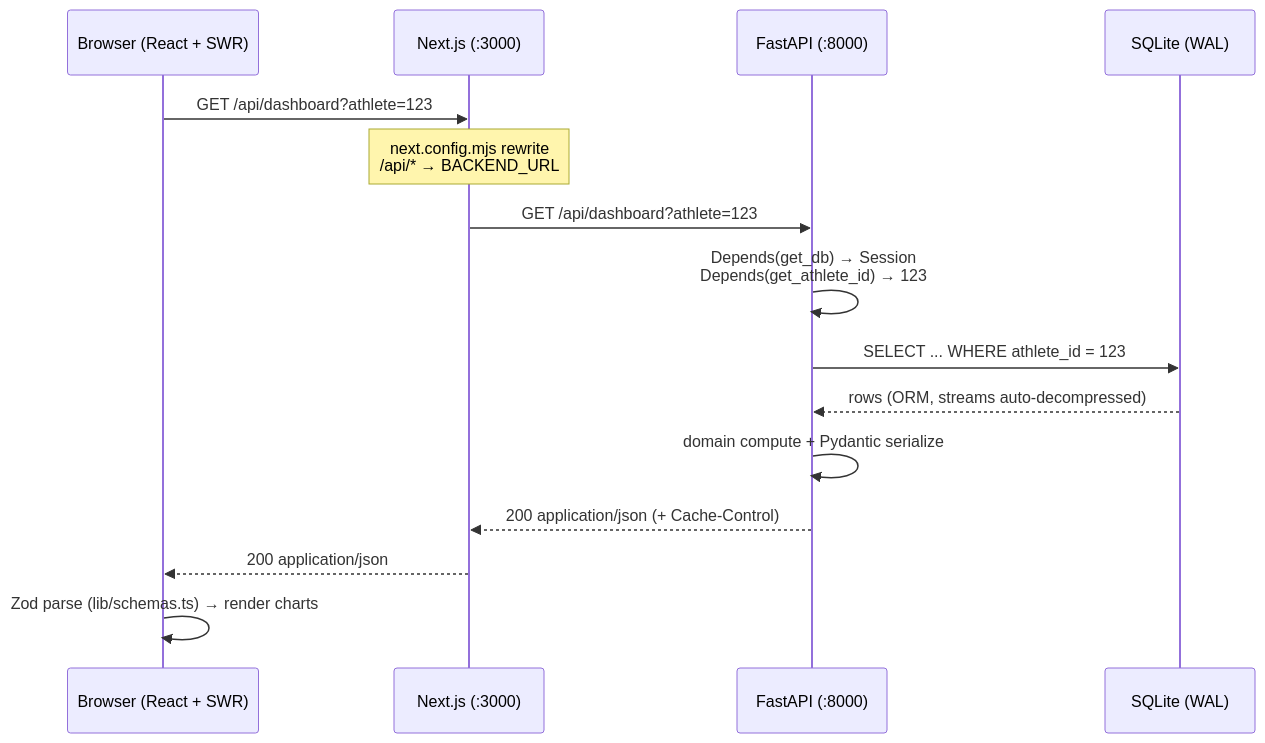
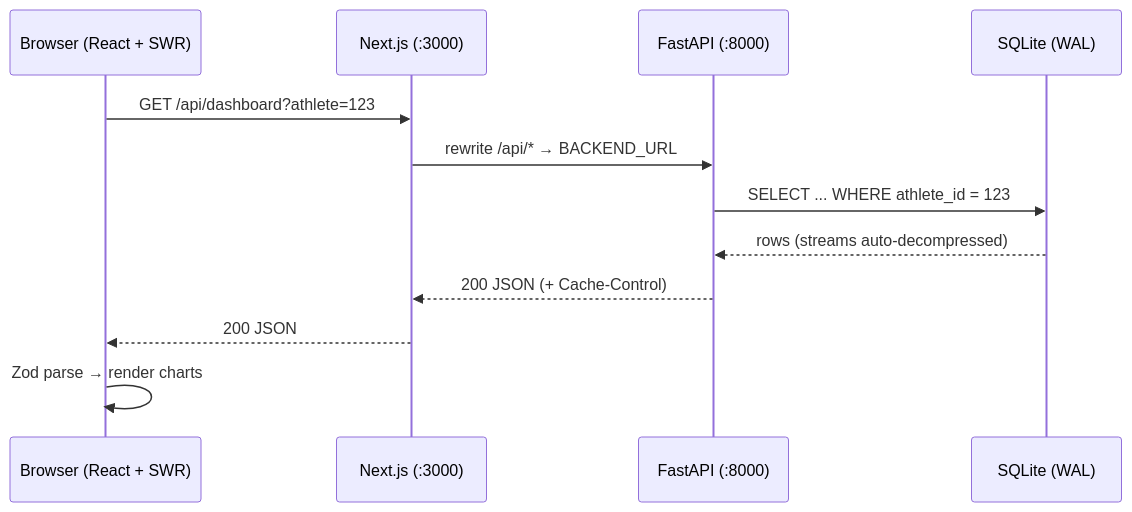
The fourth of 4 diagrams in doc/database.md (iiey/fitme), drawn with Mermaid before and after one commit. The commit also changed other lines of this file and 3 other files, not shown here.

````diff
--- a/doc/database.md
+++ b/doc/database.md
@@ -542,18 +300,15 @@
 ```mermaid
 sequenceDiagram
     participant B as Browser (React + SWR)
     participant N as Next.js (:3000)
     participant F as FastAPI (:8000)
     participant DB as SQLite (WAL)
 
     B->>N: GET /api/dashboard?athlete=123
-    Note over N: next.config.mjs rewrite<br/>/api/* → BACKEND_URL
-    N->>F: GET /api/dashboard?athlete=123
-    F->>F: Depends(get_db) → Session<br/>Depends(get_athlete_id) → 123
+    N->>F: rewrite /api/* → BACKEND_URL
     F->>DB: SELECT ... WHERE athlete_id = 123
-    DB-->>F: rows (ORM, streams auto-decompressed)
-    F->>F: domain compute + Pydantic serialize
-    F-->>N: 200 application/json (+ Cache-Control)
-    N-->>B: 200 application/json
-    B->>B: Zod parse (lib/schemas.ts) → render charts
+    DB-->>F: rows (streams auto-decompressed)
+    F-->>N: 200 JSON (+ Cache-Control)
+    N-->>B: 200 JSON
+    B->>B: Zod parse → render charts
 ```
````
